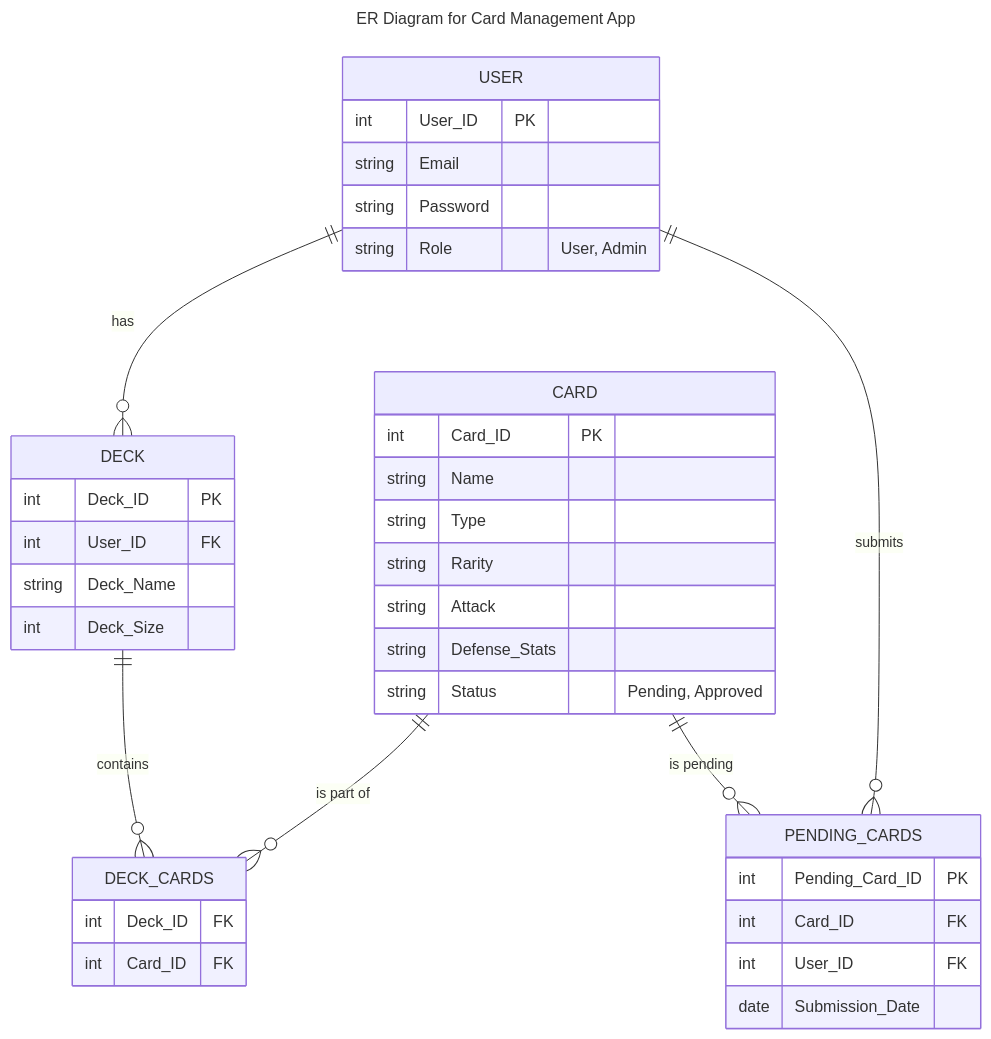
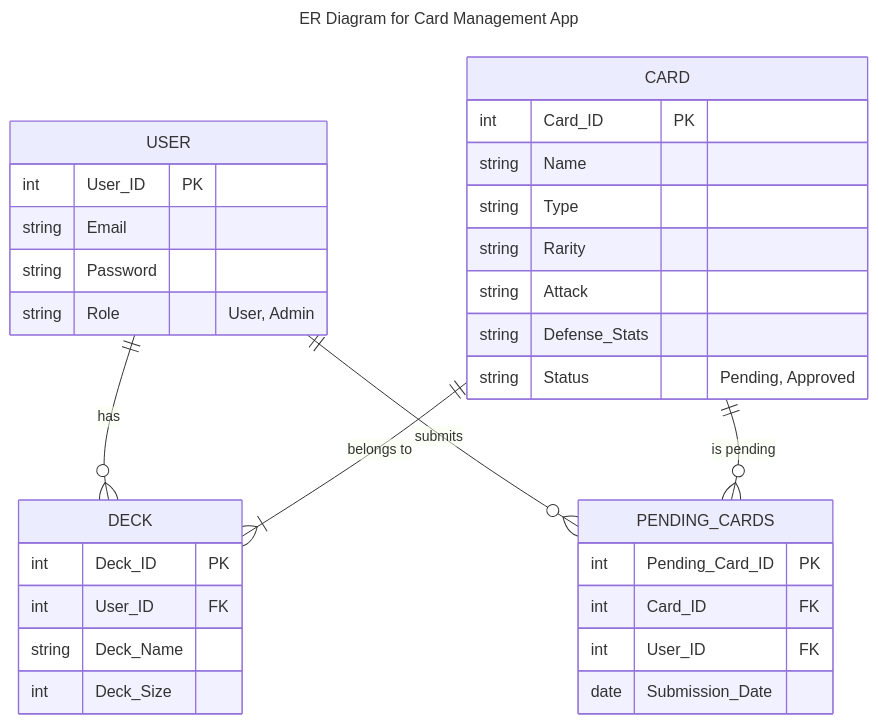
The first of 4 diagrams in PokemonGame/README.md (yjacobo3573/git-practice-Yulisa-Sandoval), drawn with Mermaid before and after one commit.

````diff
--- a/PokemonGame/README.md
+++ b/PokemonGame/README.md
@@ -1,49 +1,43 @@
 ```mermaid
 ---
 title: ER Diagram for Card Management App
 ---
 
 
 erDiagram
     USER {
         int User_ID PK
         string Email
         string Password
         string Role "User, Admin"
     }
     
     CARD {
         int Card_ID PK
         string Name
         string Type
         string Rarity
         string Attack
         string Defense_Stats
         string Status "Pending, Approved"
     }
     
     DECK {
         int Deck_ID PK
         int User_ID FK
         string Deck_Name
         int Deck_Size
     }
 
-    DECK_CARDS {
-        int Deck_ID FK
-        int Card_ID FK
-    }
-    
     PENDING_CARDS {
         int Pending_Card_ID PK
         int Card_ID FK
         int User_ID FK
         date Submission_Date
     }
     
-    USER ||--o{ DECK : "has"
+     USER ||--o{ DECK : "has"
     USER ||--o{ PENDING_CARDS : "submits"
+    CARD ||--|{ DECK : "belongs to"
     CARD ||--o{ PENDING_CARDS : "is pending"
-    CARD ||--o{ DECK_CARDS : "is part of"
-    DECK ||--o{ DECK_CARDS : "contains"
 ```
````
